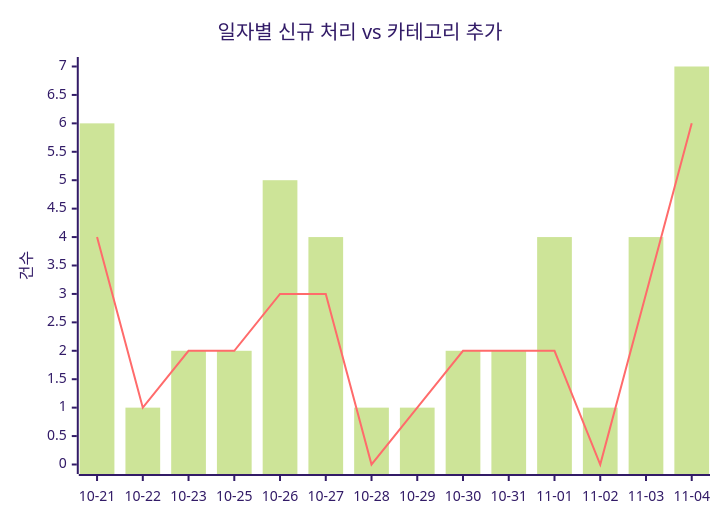
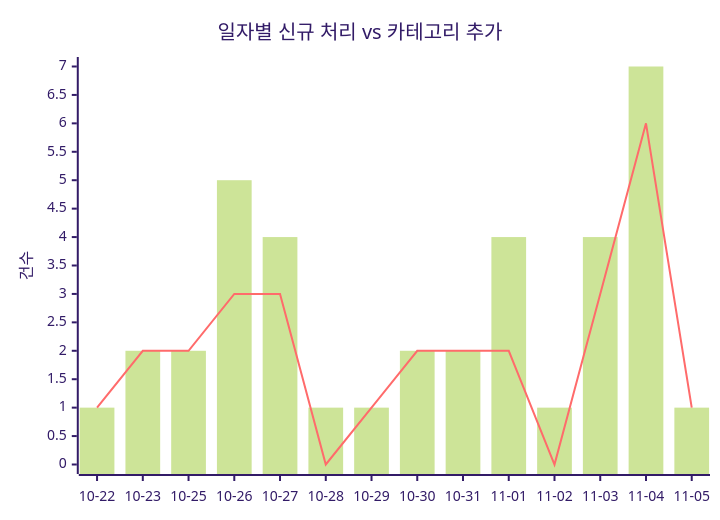
Before and after one commit to J-nowcow/awesome-korean-agent-skills: the first of 2 diagrams in docs/trends.md, drawn with Mermaid (forest theme). The commit also changed other lines of this file and 4 other files, not shown here.

````diff
--- a/docs/trends.md
+++ b/docs/trends.md
@@ -32,8 +32,8 @@
 ```mermaid
 xychart-beta
     title "일자별 신규 처리 vs 카테고리 추가"
-    x-axis ["10-21","10-22","10-23","10-25","10-26","10-27","10-28","10-29","10-30","10-31","11-01","11-02","11-03","11-04"]
+    x-axis ["10-22","10-23","10-25","10-26","10-27","10-28","10-29","10-30","10-31","11-01","11-02","11-03","11-04","11-05"]
     y-axis "건수"
-    bar [6,1,2,2,5,4,1,1,2,2,4,1,4,7]
-    line [4,1,2,2,3,3,0,1,2,2,2,0,3,6]
+    bar [1,2,2,5,4,1,1,2,2,4,1,4,7,1]
+    line [1,2,2,3,3,0,1,2,2,2,0,3,6,1]
 ```
````
